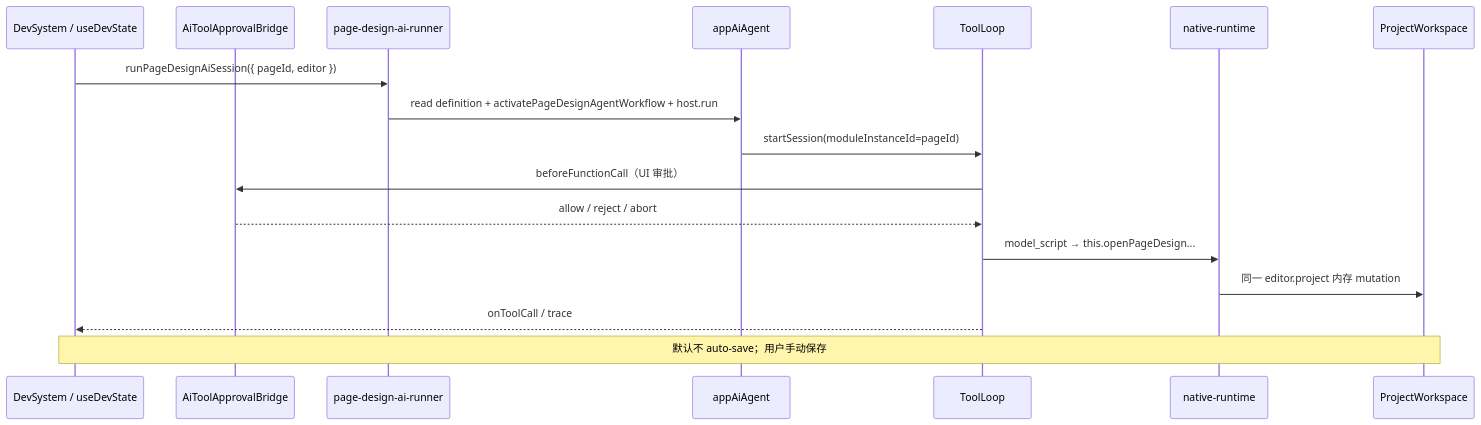
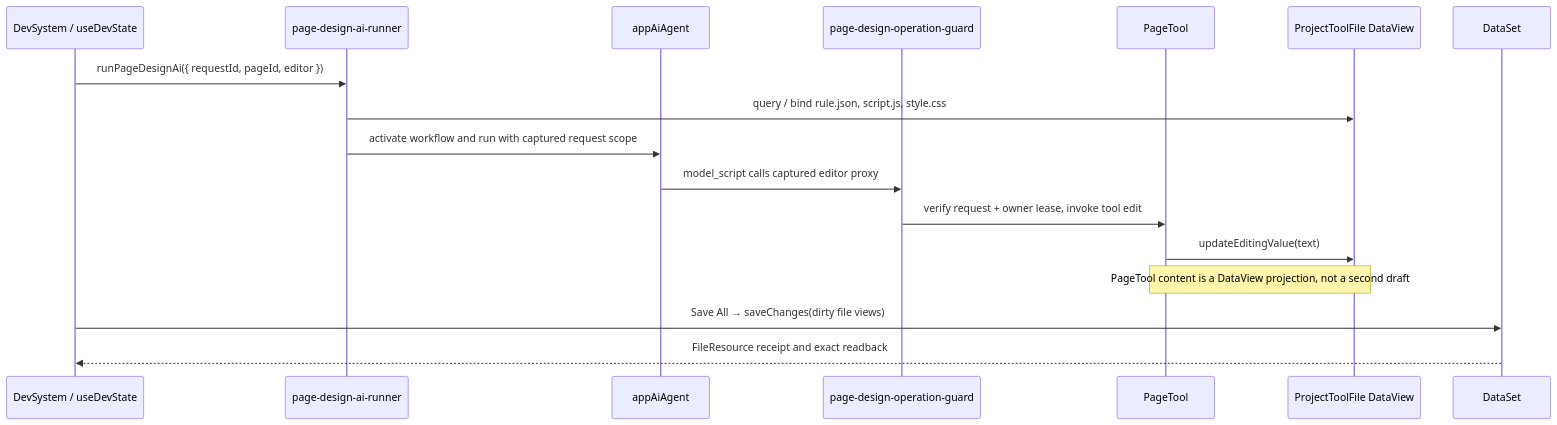
The diagram in packages/spark-ai/docs/pagedesign-devsystem-zh-cn.md (LMSpark/APPWORKS), drawn with Mermaid before and after one commit. The commit also changed other lines of this file and 83 other files, not shown here.

Commit message:
refactor(page-design): bind file editing to SPARK data

````diff
--- a/packages/spark-ai/docs/pagedesign-devsystem-zh-cn.md
+++ b/packages/spark-ai/docs/pagedesign-devsystem-zh-cn.md
@@ -7,20 +7,19 @@
 ```mermaid
 sequenceDiagram
   participant UI as DevSystem / useDevState
-  participant Bridge as AiToolApprovalBridge
   participant Runner as page-design-ai-runner
   participant Host as appAiAgent
-  participant TL as ToolLoop
-  participant NR as native-runtime
-  participant WS as ProjectWorkspace
-
-  UI->>Runner: runPageDesignAiSession({ pageId, editor })
-  Runner->>Host: read definition + activatePageDesignAgentWorkflow + host.run
-  Host->>TL: startSession(moduleInstanceId=pageId)
-  TL->>Bridge: beforeFunctionCall（UI 审批）
-  Bridge-->>TL: allow / reject / abort
-  TL->>NR: model_script → this.openPageDesign...
-  NR->>WS: 同一 editor.project 内存 mutation
-  TL-->>UI: onToolCall / trace
-  Note over UI,WS: 默认不 auto-save；用户手动保存
+  participant Guard as page-design-operation-guard
+  participant Page as PageTool
+  participant View as ProjectToolFile DataView
+  participant Set as DataSet
+  UI->>Runner: runPageDesignAi({ requestId, pageId, editor })
+  Runner->>View: query / bind rule.json, script.js, style.css
+  Runner->>Host: activate workflow and run with captured request scope
+  Host->>Guard: model_script calls captured editor proxy
+  Guard->>Page: verify request + owner lease, invoke tool edit
+  Page->>View: updateEditingValue(text)
+  Note over Page,View: PageTool content is a DataView projection, not a second draft
+  UI->>Set: Save All → saveChanges(dirty file views)
+  Set-->>UI: FileResource receipt and exact readback
 ```
````
